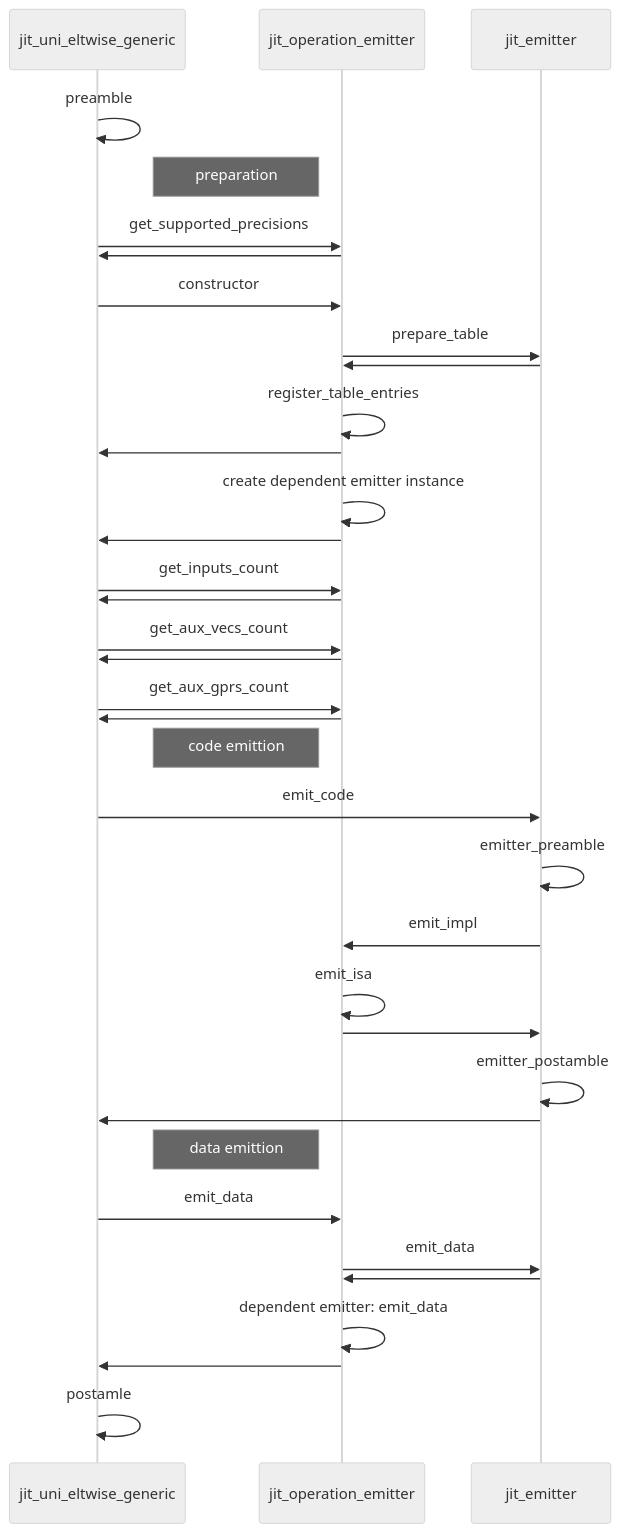
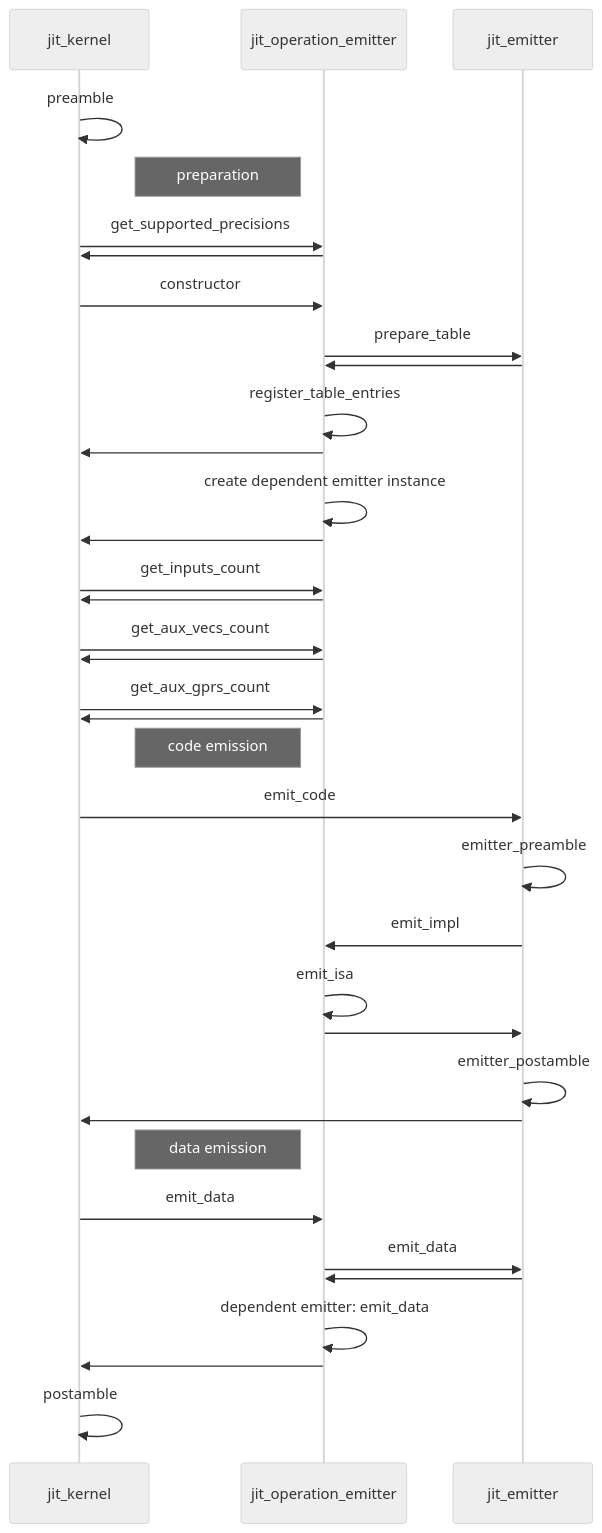
One commit to openvinotoolkit/openvino changed the second of 2 diagrams in src/plugins/intel_cpu/src/emitters/README.md. Above: the diagram before and after it, drawn with Mermaid (neutral theme). The commit also changed other lines of this file, not shown here.

````diff
--- a/src/plugins/intel_cpu/src/emitters/README.md
+++ b/src/plugins/intel_cpu/src/emitters/README.md
@@ -45,47 +39,47 @@
 ```mermaid
 sequenceDiagram
-    participant jit_uni_eltwise_generic
+    participant jit_kernel
     participant jit_operation_emitter
     participant jit_emitter
     
-    jit_uni_eltwise_generic->>jit_uni_eltwise_generic: preamble
+    jit_kernel->>jit_kernel: preamble
 
     Note left of jit_operation_emitter: preparation
-    jit_uni_eltwise_generic->>jit_operation_emitter: get_supported_precisions
-    jit_operation_emitter->>jit_uni_eltwise_generic: 
+    jit_kernel->>jit_operation_emitter: get_supported_precisions
+    jit_operation_emitter->>jit_kernel: 
 
-    jit_uni_eltwise_generic->>jit_operation_emitter: constructor
+    jit_kernel->>jit_operation_emitter: constructor
     jit_operation_emitter->>jit_emitter: prepare_table
     jit_emitter->>jit_operation_emitter: 
     jit_operation_emitter->>jit_operation_emitter: register_table_entries
-    jit_operation_emitter->>jit_uni_eltwise_generic: 
+    jit_operation_emitter->>jit_kernel: 
     jit_operation_emitter->>jit_operation_emitter: create dependent emitter instance
-    jit_operation_emitter->>jit_uni_eltwise_generic: 
+    jit_operation_emitter->>jit_kernel: 
 
-    jit_uni_eltwise_generic->>jit_operation_emitter: get_inputs_count
-    jit_operation_emitter->>jit_uni_eltwise_generic: 
+    jit_kernel->>jit_operation_emitter: get_inputs_count
+    jit_operation_emitter->>jit_kernel: 
 
-    jit_uni_eltwise_generic->>jit_operation_emitter: get_aux_vecs_count
-    jit_operation_emitter->>jit_uni_eltwise_generic: 
+    jit_kernel->>jit_operation_emitter: get_aux_vecs_count
+    jit_operation_emitter->>jit_kernel: 
 
-    jit_uni_eltwise_generic->>jit_operation_emitter: get_aux_gprs_count
-    jit_operation_emitter->>jit_uni_eltwise_generic: 
+    jit_kernel->>jit_operation_emitter: get_aux_gprs_count
+    jit_operation_emitter->>jit_kernel: 
 
-    Note left of jit_operation_emitter: code emittion
-    jit_uni_eltwise_generic->>jit_emitter: emit_code
+    Note left of jit_operation_emitter: code emission
+    jit_kernel->>jit_emitter: emit_code
     jit_emitter->>jit_emitter: emitter_preamble
     jit_emitter->>jit_operation_emitter: emit_impl
     jit_operation_emitter->>jit_operation_emitter: emit_isa
     jit_operation_emitter->>jit_emitter: 
     jit_emitter->>jit_emitter: emitter_postamble
-    jit_emitter->>jit_uni_eltwise_generic: 
+    jit_emitter->>jit_kernel: 
 
-    Note left of jit_operation_emitter: data emittion
-    jit_uni_eltwise_generic->>jit_operation_emitter: emit_data
+    Note left of jit_operation_emitter: data emission
+    jit_kernel->>jit_operation_emitter: emit_data
     jit_operation_emitter->>jit_emitter: emit_data
     jit_emitter->>jit_operation_emitter: 
     jit_operation_emitter->>jit_operation_emitter: dependent emitter: emit_data 
-    jit_operation_emitter->>jit_uni_eltwise_generic: 
+    jit_operation_emitter->>jit_kernel: 
     
-    jit_uni_eltwise_generic->>jit_uni_eltwise_generic: postamle
+    jit_kernel->>jit_kernel: postamble
 ```
````
